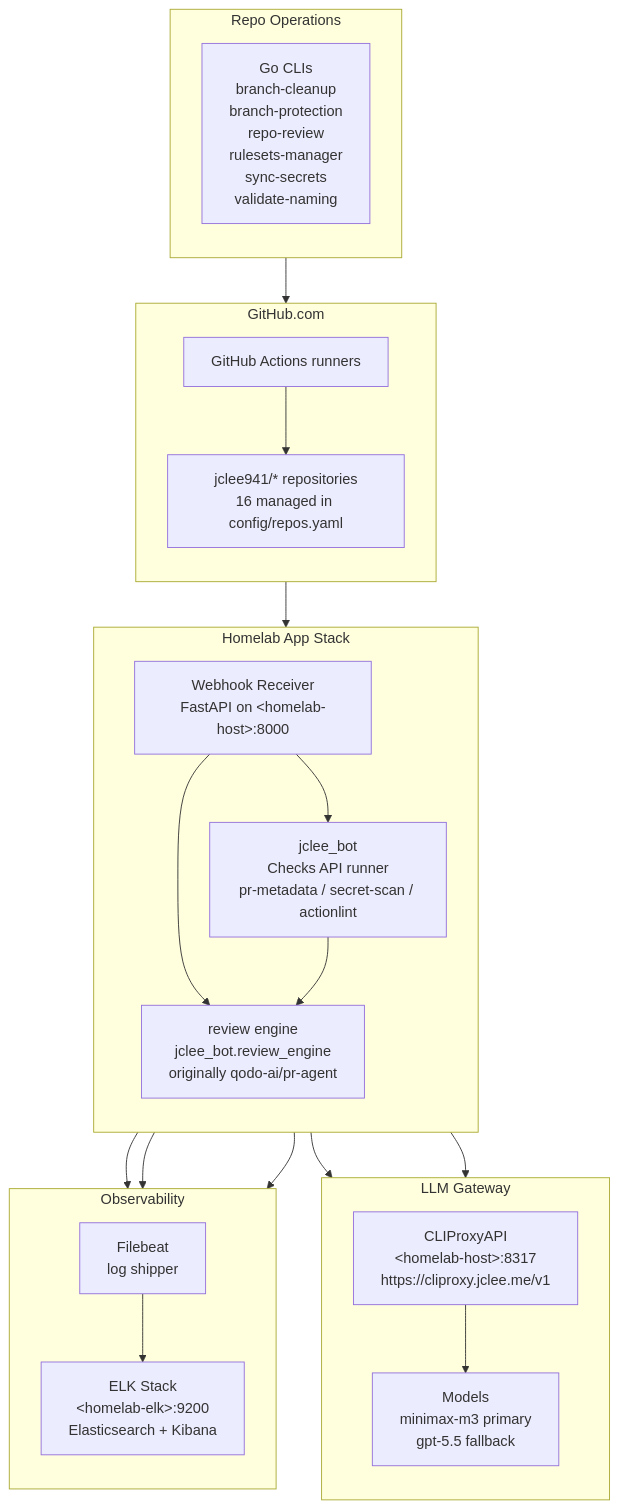
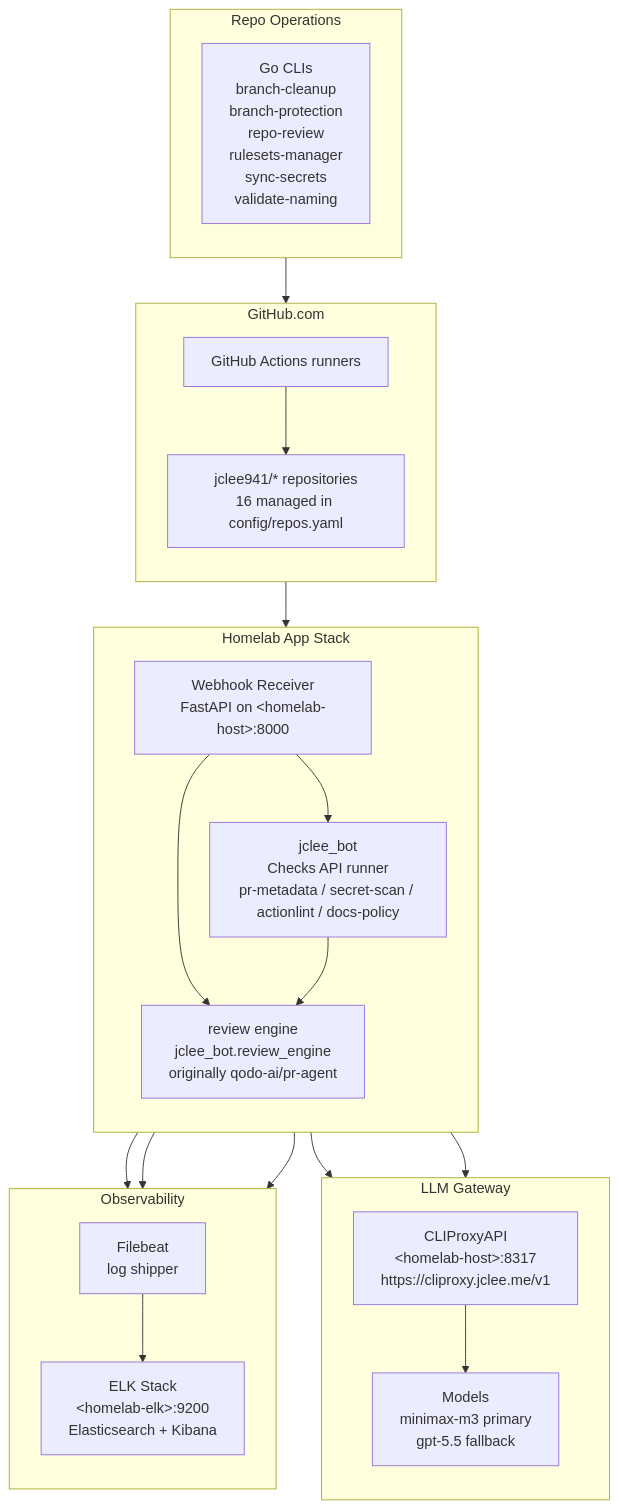
Before and after one commit to jclee941/.github: the diagram in README.md, drawn with Mermaid. The commit also changed other lines of this file and 6 other files, not shown here.

````diff
--- a/README.md
+++ b/README.md
@@ -98,46 +99,46 @@
 ```mermaid
 flowchart TD
     subgraph GH["GitHub.com"]
         direction TB
         REPO["jclee941/* repositories<br/>16 managed in config/repos.yaml"]
         ACT["GitHub Actions runners"]
     end
 
     subgraph APP["Homelab App Stack"]
         direction TB
         WH["Webhook Receiver<br/>FastAPI on &lt;homelab-host&gt;:8000"]
-        BOT["jclee_bot<br/>Checks API runner<br/>pr-metadata / secret-scan / actionlint"]
+        BOT["jclee_bot<br/>Checks API runner<br/>pr-metadata / secret-scan / actionlint / docs-policy"]
         PR["review engine<br/>jclee_bot.review_engine<br/>originally qodo-ai/pr-agent"]
     end
 
     subgraph LLM["LLM Gateway"]
         direction TB
         CLI["CLIProxyAPI<br/>&lt;homelab-host&gt;:8317<br/>https://cliproxy.jclee.me/v1"]
         MOD["Models<br/>minimax-m3 primary<br/>gpt-5.5 fallback"]
     end
 
     subgraph OBS["Observability"]
         direction TB
         FB["Filebeat<br/>log shipper"]
         ELK["ELK Stack<br/>&lt;homelab-elk&gt;:9200<br/>Elasticsearch + Kibana"]
     end
 
     subgraph OPS["Repo Operations"]
         direction TB
         GO["Go CLIs<br/>branch-cleanup<br/>branch-protection<br/>repo-review<br/>rulesets-manager<br/>sync-secrets<br/>validate-naming"]
     end
 
     REPO --> WH
     ACT --> REPO
     WH --> BOT
     WH --> PR
     BOT --> PR
     PR --> CLI
     BOT --> CLI
     CLI --> MOD
     WH --> FB
     BOT --> FB
     PR --> FB
     FB --> ELK
     GO --> REPO
 ```
````
